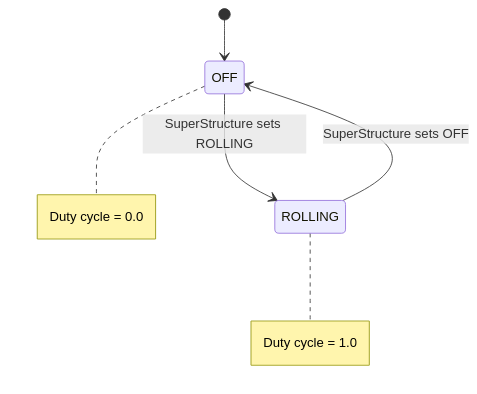
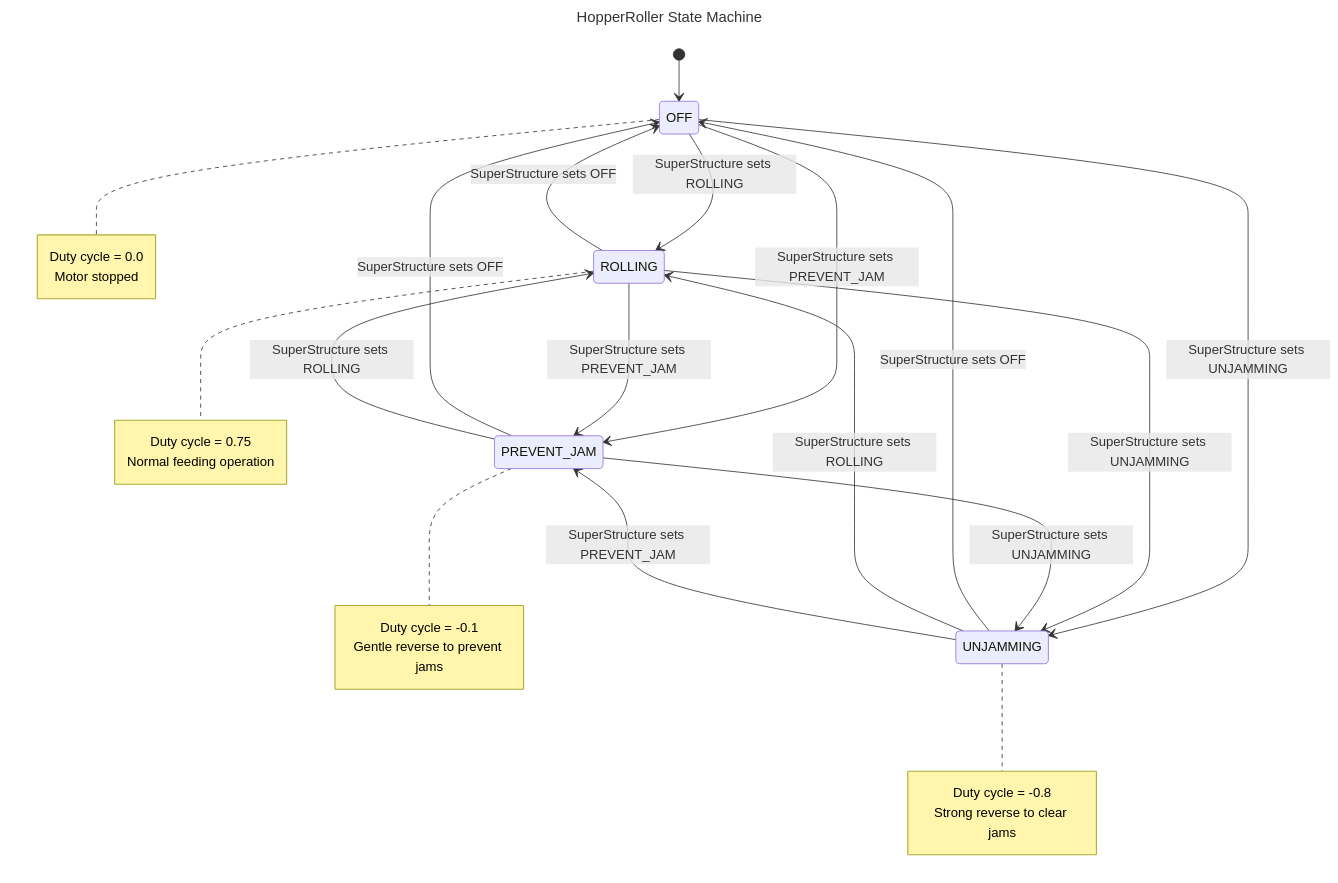
One commit to FRCTeam360/RainMaker26 changed the diagram in docs/diagrams/subsystem_states/HopperRollerStateMachine.mmd. Above: the diagram before and after it, drawn with Mermaid. The commit also changed 13 other files, not shown here.

Commit message:
updating state machine diagrams

```diff
--- a/docs/diagrams/subsystem_states/HopperRollerStateMachine.mmd
+++ b/docs/diagrams/subsystem_states/HopperRollerStateMachine.mmd
@@ -1,10 +1,41 @@
-%% HopperRoller State Machine
-%% Reflects actual code in HopperRoller.java
+---
+title: HopperRoller State Machine
+---
 stateDiagram-v2
     [*] --> OFF
 
     OFF --> ROLLING : SuperStructure sets ROLLING
     ROLLING --> OFF : SuperStructure sets OFF
 
-    note right of OFF : Duty cycle = 0.0
-    note right of ROLLING : Duty cycle = 1.0
+    OFF --> PREVENT_JAM : SuperStructure sets PREVENT_JAM
+    PREVENT_JAM --> OFF : SuperStructure sets OFF
+
+    OFF --> UNJAMMING : SuperStructure sets UNJAMMING
+    UNJAMMING --> OFF : SuperStructure sets OFF
+
+    ROLLING --> PREVENT_JAM : SuperStructure sets PREVENT_JAM
+    PREVENT_JAM --> ROLLING : SuperStructure sets ROLLING
+    ROLLING --> UNJAMMING : SuperStructure sets UNJAMMING
+    UNJAMMING --> ROLLING : SuperStructure sets ROLLING
+    PREVENT_JAM --> UNJAMMING : SuperStructure sets UNJAMMING
+    UNJAMMING --> PREVENT_JAM : SuperStructure sets PREVENT_JAM
+
+    note right of OFF
+        Duty cycle = 0.0
+        Motor stopped
+    end note
+
+    note right of ROLLING
+        Duty cycle = 0.75
+        Normal feeding operation
+    end note
+
+    note right of PREVENT_JAM
+        Duty cycle = -0.1
+        Gentle reverse to prevent jams
+    end note
+
+    note right of UNJAMMING
+        Duty cycle = -0.8
+        Strong reverse to clear jams
+    end note
```
